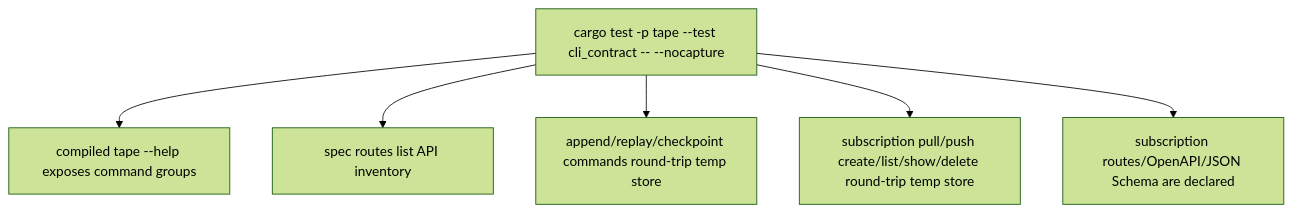
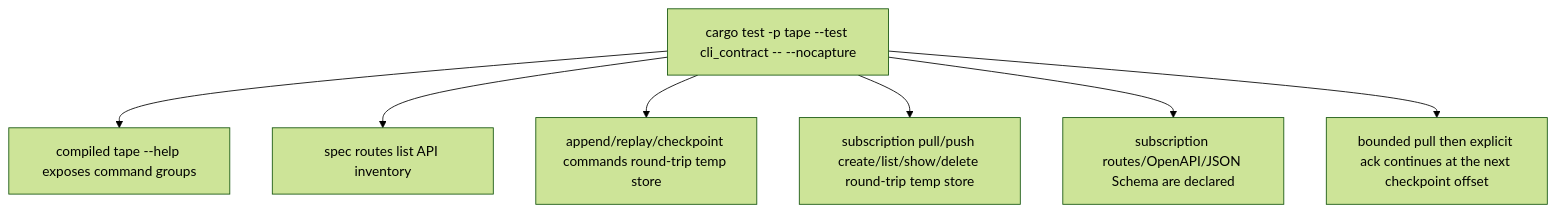
One commit to chrischeng-c4/axiom changed the diagram in apps/tape/tech-design/semantic/source/apps-tape-tests-cli-contract-rs.md. Above: the diagram before and after it, drawn with Mermaid (forest theme). The commit also changed other lines of this file and 11 other files, not shown here.

First line of the commit message:
feat(tape): add bounded pull subscriptions

````diff
--- a/apps/tape/tech-design/semantic/source/apps-tape-tests-cli-contract-rs.md
+++ b/apps/tape/tech-design/semantic/source/apps-tape-tests-cli-contract-rs.md
@@ -39,11 +41,12 @@
 ```mermaid
 ---
 id: tape-td-flow
 ---
 flowchart TD
     test["cargo test -p tape --test cli_contract -- --nocapture"] --> help["compiled tape --help exposes command groups"]
     test --> spec["spec routes list API inventory"]
     test --> workflow["append/replay/checkpoint commands round-trip temp store"]
     test --> subscriptions["subscription pull/push create/list/show/delete round-trip temp store"]
     test --> subscription_spec["subscription routes/OpenAPI/JSON Schema are declared"]
+    test --> pullack["bounded pull then explicit ack continues at the next checkpoint offset"]
 ```
````
